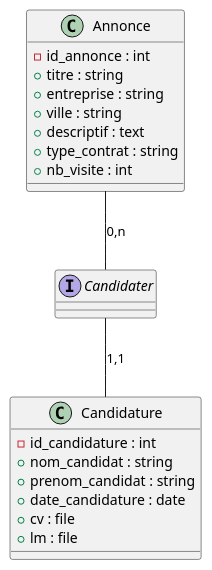
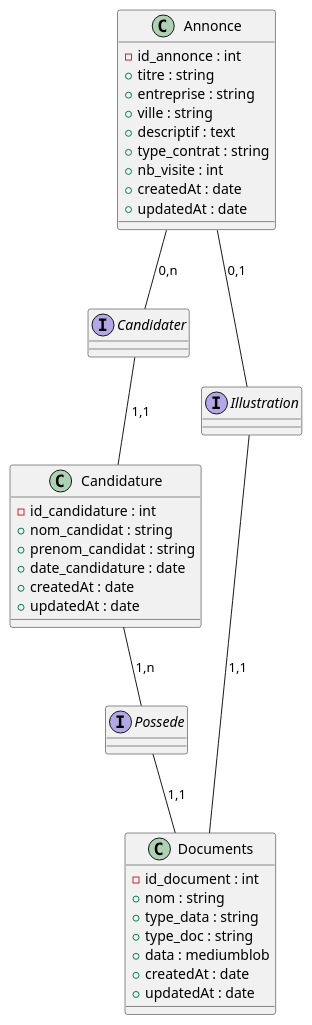
The diagram in Docs/Backend/MCD.plantuml (tteuru09/ProjetOHIPA), drawn with PlantUML before and after one commit. The commit also changed other lines of this file and 4 other files, not shown here.

```diff
--- a/Docs/Backend/MCD.plantuml
+++ b/Docs/Backend/MCD.plantuml
@@ -1,28 +1,48 @@
 @startuml MCD
 
 class Annonce{
     -id_annonce : int
     +titre : string
     +entreprise : string
     +ville : string
     +descriptif : text
     +type_contrat : string
-    +nb_visite : int                                                                
+    +nb_visite : int   
+    +createdAt : date
+    +updatedAt : date  
 }
 
 class Candidature{
     -id_candidature : int
     +nom_candidat : string
     +prenom_candidat : string
     +date_candidature : date
-    +cv : file
-    +lm : file
+    +createdAt : date
+    +updatedAt : date
+}
+
+class Documents{
+    -id_document : int
+    +nom : string
+    +type_data : string
+    +type_doc : string
+    +data : mediumblob
+    +createdAt : date
+    +updatedAt : date
 }
 
 interface Candidater 
+interface Possede 
+interface Illustration 
 
 
 Annonce -- Candidater : 0,n
 Candidater -- Candidature : 1,1
 
+Annonce -- Illustration : 0,1
+Illustration -- Documents : 1,1
+
+Candidature -- Possede : 1,n
+Possede -- Documents : 1,1
+
 @enduml
```
